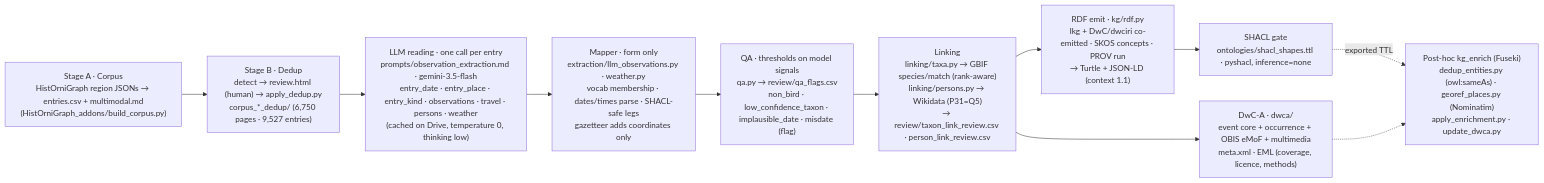
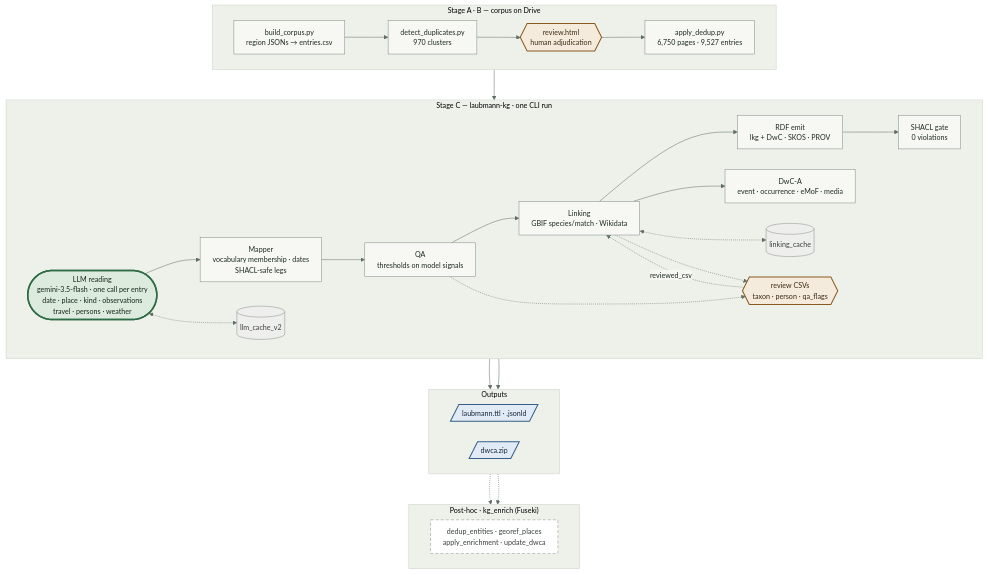
One commit to Maelkolb/laubmann-kg_TP changed the diagram in docs/pipeline.mmd. Above: the diagram before and after it, drawn with Mermaid. The commit also changed 1 other file, not shown here.

Commit message:
docs: restyle Mermaid diagrams (hub/entity/detail colour coding, top-down flow, stacked pipeline stages)

```diff
--- a/docs/pipeline.mmd
+++ b/docs/pipeline.mmd
@@ -1,11 +1,61 @@
-flowchart LR
-    A["Stage A · Corpus<br/>HistOrniGraph region JSONs → entries.csv + multimodal.md<br/>(HistOrniGraph_addons/build_corpus.py)"] --> B["Stage B · Dedup<br/>detect → review.html (human) → apply_dedup.py<br/>corpus_*_dedup/ (6,750 pages · 9,527 entries)"]
-    B --> C["LLM reading · one call per entry<br/>prompts/observation_extraction.md · gemini-3.5-flash<br/>entry_date · entry_place · entry_kind · observations · travel · persons · weather<br/>(cached on Drive, temperature 0, thinking low)"]
-    C --> D["Mapper · form only<br/>extraction/llm_observations.py · weather.py<br/>vocab membership · dates/times parse · SHACL-safe legs<br/>gazetteer adds coordinates only"]
-    D --> E["QA · thresholds on model signals<br/>qa.py → review/qa_flags.csv<br/>non_bird · low_confidence_taxon · implausible_date · misdate (flag)"]
-    E --> F["Linking<br/>linking/taxa.py → GBIF species/match (rank-aware)<br/>linking/persons.py → Wikidata (P31=Q5)<br/>→ review/taxon_link_review.csv · person_link_review.csv"]
-    F --> G["RDF emit · kg/rdf.py<br/>lkg + DwC/dwciri co-emitted · SKOS concepts · PROV run<br/>→ Turtle + JSON-LD (context 1.1)"]
-    G --> H["SHACL gate<br/>ontologies/shacl_shapes.ttl · pyshacl, inference=none"]
-    F --> I["DwC-A · dwca/<br/>event core + occurrence + OBIS eMoF + multimedia<br/>meta.xml · EML (coverage, licence, methods)"]
-    H -.->|exported TTL| J["Post-hoc kg_enrich (Fuseki)<br/>dedup_entities.py (owl:sameAs) · georef_places.py (Nominatim)<br/>apply_enrichment.py · update_dwca.py"]
-    I -.-> J
+%%{init: {"theme": "base", "flowchart": {"curve": "basis", "nodeSpacing": 40, "rankSpacing": 60, "padding": 12, "wrappingWidth": 260}, "themeVariables": {"primaryColor": "#F7F8F4", "primaryBorderColor": "#7E8C82", "primaryTextColor": "#1D2A21", "lineColor": "#5F6E64", "clusterBkg": "#EEF1EA", "clusterBorder": "#C9D2C7", "edgeLabelBackground": "#F5F7F3", "fontFamily": "Segoe UI, system-ui, sans-serif", "fontSize": "14px"}}}%%
+flowchart TB
+    subgraph S1["Stage A · B — corpus on Drive"]
+        direction LR
+        A["build_corpus.py<br/>region JSONs → entries.csv"]
+        B["detect_duplicates.py<br/>970 clusters"]
+        R1{{"review.html<br/>human adjudication"}}
+        B2["apply_dedup.py<br/>6,750 pages · 9,527 entries"]
+        A --> B --> R1 --> B2
+    end
+
+    subgraph S2["Stage C — laubmann-kg · one CLI run"]
+        direction LR
+        C(["LLM reading<br/>gemini-3.5-flash · one call per entry<br/>date · place · kind · observations<br/>travel · persons · weather"])
+        D["Mapper<br/>vocabulary membership · dates<br/>SHACL-safe legs"]
+        E["QA<br/>thresholds on model signals"]
+        F["Linking<br/>GBIF species/match · Wikidata"]
+        G["RDF emit<br/>lkg + DwC · SKOS · PROV"]
+        H["SHACL gate<br/>0 violations"]
+        I["DwC-A<br/>event · occurrence · eMoF · media"]
+        K1[("llm_cache_v2")]
+        K2[("linking_cache")]
+        R2{{"review CSVs<br/>taxon · person · qa_flags"}}
+        C --> D --> E --> F --> G --> H
+        F --> I
+        C <-.-> K1
+        F <-.-> K2
+        E -.-> R2
+        F -.-> R2
+        R2 -. reviewed_csv .-> F
+    end
+
+    subgraph S3["Outputs"]
+        direction LR
+        O1[/"laubmann.ttl · .jsonld"/]
+        O2[/"dwca.zip"/]
+    end
+
+    subgraph S4["Post-hoc · kg_enrich (Fuseki)"]
+        direction LR
+        J["dedup_entities · georef_places<br/>apply_enrichment · update_dwca"]
+    end
+
+    B2 --> C
+    H --> O1
+    I --> O2
+    O1 -.-> J
+    O2 -.-> J
+
+    classDef hub fill:#DDEBDF,stroke:#2F6B45,stroke-width:3px,color:#14261B
+    classDef step fill:#F7F8F4,stroke:#7E8C82,stroke-width:1px,color:#1D2A21
+    classDef human fill:#F5EBDD,stroke:#8A5A1E,stroke-width:2px,color:#3A2A12
+    classDef cache fill:#EEEFEC,stroke:#8A8F8B,stroke-width:1px,color:#3B413D
+    classDef out fill:#E2EBF5,stroke:#35608A,stroke-width:2px,color:#14263A
+    classDef post fill:#FFFFFF,stroke:#8A8F8B,stroke-width:1px,stroke-dasharray:6 4,color:#3B413D
+    class C hub
+    class A,B,B2,D,E,F,G,H,I step
+    class R1,R2 human
+    class K1,K2 cache
+    class O1,O2 out
+    class J post
```
